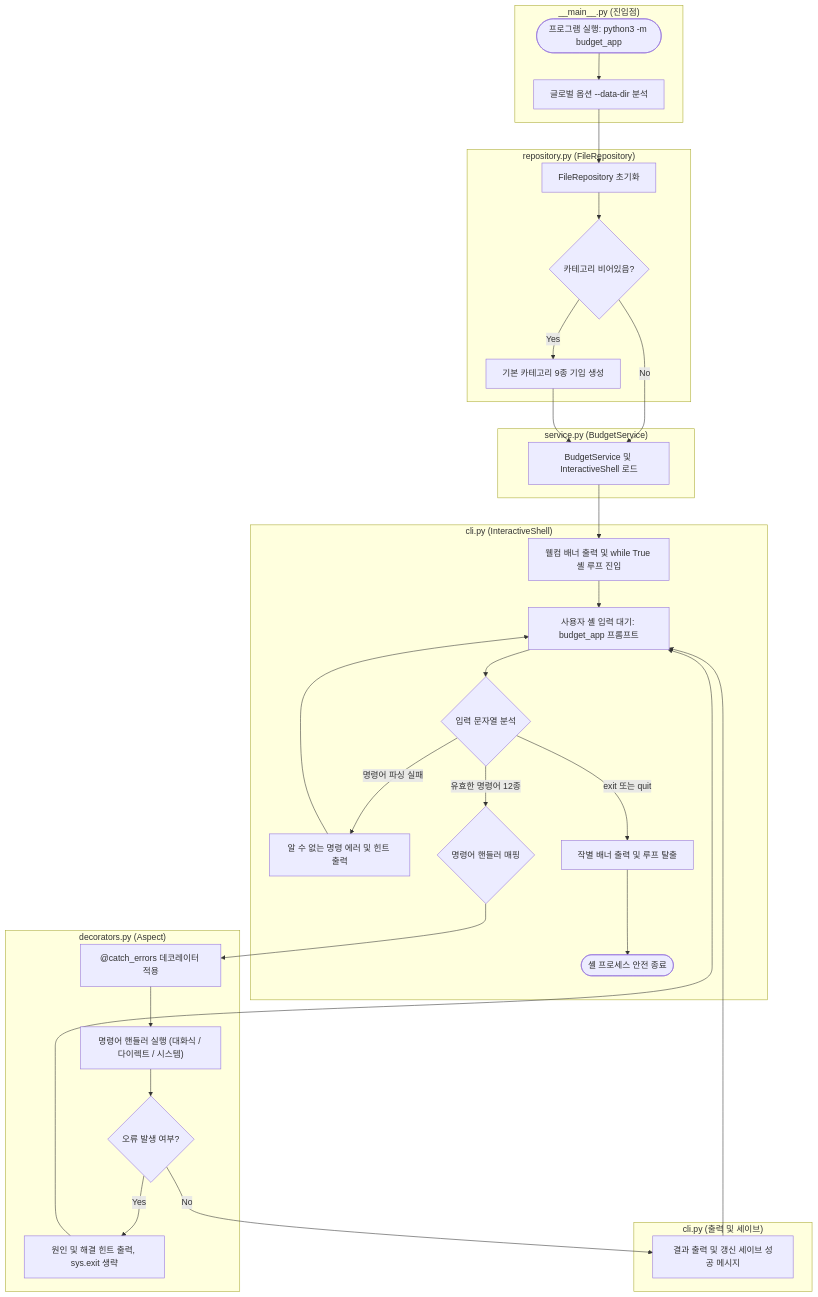
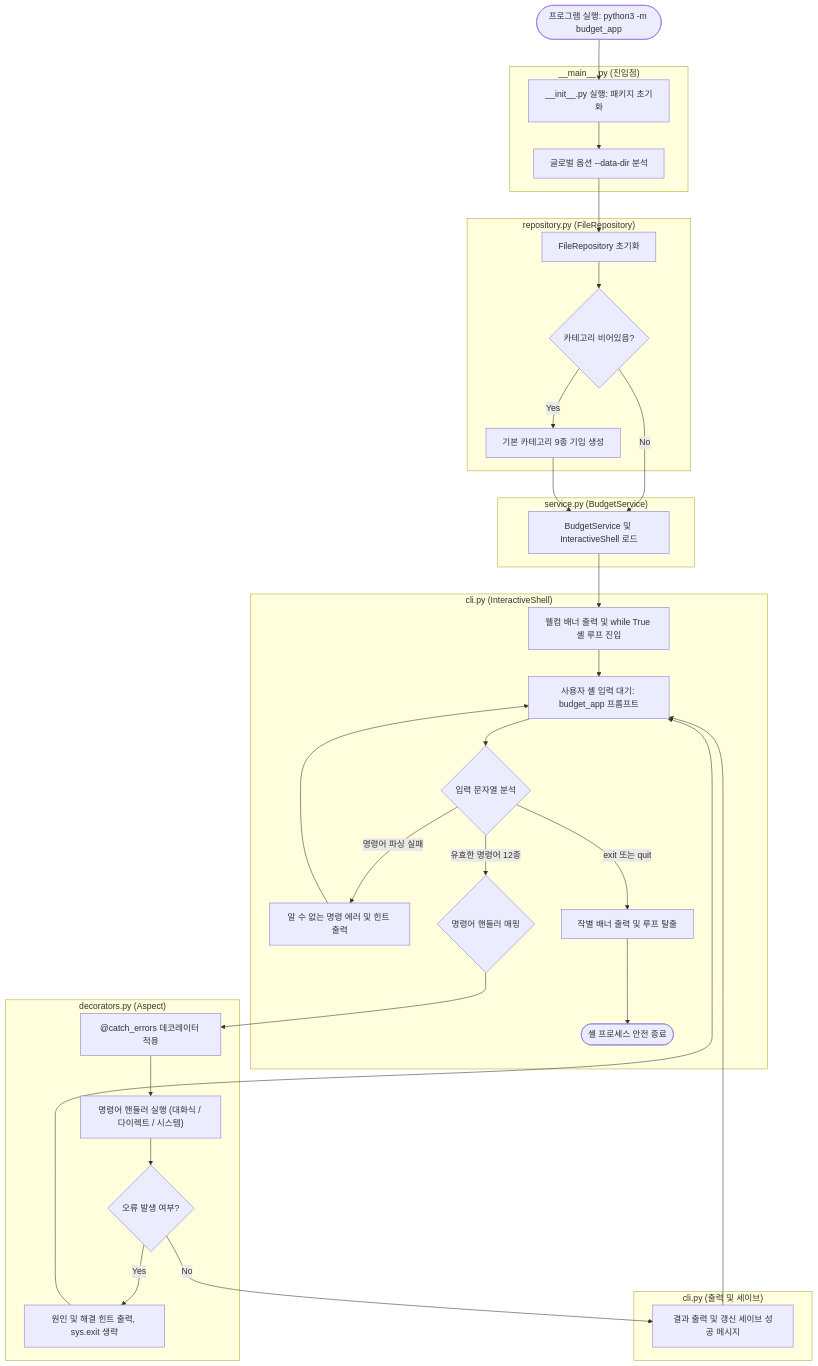
Before and after one commit to ntt65/codyssey: the fourth of 6 diagrams in b2_1/README.md, drawn with Mermaid. The commit also changed other lines of this file, not shown here.

Commit message:
b2_1:README.md>>__init__.py 실행 순서 설명 추가 및 클래스 다이어그램 업데이트

````diff
--- a/b2_1/README.md
+++ b/b2_1/README.md
@@ -349,48 +395,50 @@
 ```mermaid
 %%{init: {'themeVariables': { 'fontSize': '16px' }}}%%
 flowchart TD
+    Start([프로그램 실행: python3 -m budget_app]) --> Init[__init__.py 실행: 패키지 초기화]
+
     subgraph Main ["__main__.py (진입점)"]
-        Start([프로그램 실행: python3 -m budget_app]) --> ParseArgs[글로벌 옵션 --data-dir 분석]
+        Init --> ParseArgs[글로벌 옵션 --data-dir 분석]
     end
     
     subgraph Repo ["repository.py (FileRepository)"]
         ParseArgs --> InitRepo[FileRepository 초기화]
         InitRepo --> CheckCats{카테고리 비어있음?}
         CheckCats -- Yes --> GenDefaultCats[기본 카테고리 9종 기입 생성]
     end
     
     subgraph Service ["service.py (BudgetService)"]
         CheckCats -- No --> InitService[BudgetService 및 InteractiveShell 로드]
         GenDefaultCats --> InitService
     end
     
     subgraph CLI ["cli.py (InteractiveShell)"]
         InitService --> Welcome[웰컴 배너 출력 및 while True 셸 루프 진입]
         
         Welcome --> Prompt[사용자 셸 입력 대기: budget_app 프롬프트]
         Prompt --> CheckInput{입력 문자열 분석}
         
         CheckInput -->|명령어 파싱 실패| ErrCommand[알 수 없는 명령 에러 및 힌트 출력]
         ErrCommand --> Prompt
         
         CheckInput -->|exit 또는 quit| ExitShell[작별 배너 출력 및 루프 탈출]
         ExitShell --> End([셸 프로세스 안전 종료])
         
         CheckInput -->|유효한 명령어 12종| CommandRouting{명령어 핸들러 매핑}
     end
     
     subgraph Decorators ["decorators.py (Aspect)"]
         CommandRouting --> Decorator["@catch_errors 데코레이터 적용"]
         Decorator --> Exec["명령어 핸들러 실행 (대화식 / 다이렉트 / 시스템)"]
         
         Exec --> CheckError{오류 발생 여부?}
         CheckError -- Yes --> PrintErr[원인 및 해결 힌트 출력, sys.exit 생략]
     end
     
     subgraph CLI_Loop ["cli.py (출력 및 세이브)"]
         CheckError -- No --> PrintSuccess[결과 출력 및 갱신 세이브 성공 메시지]
         
         PrintErr --> Prompt
         PrintSuccess --> Prompt
     end
 ```
````
